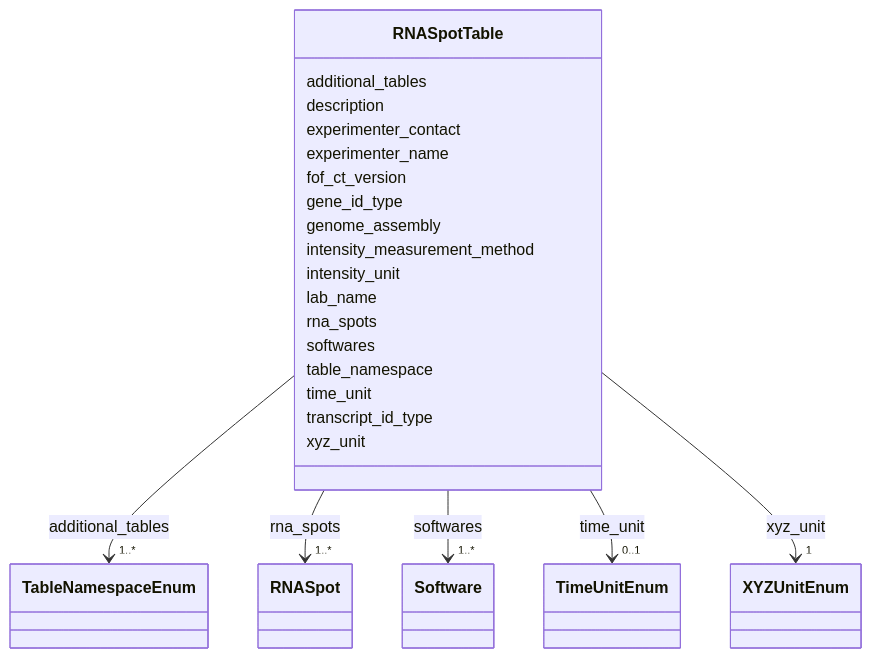
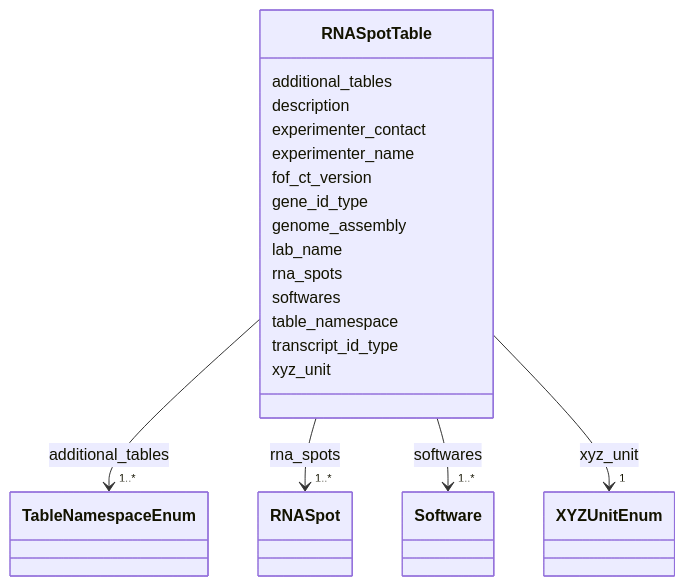
One commit to strambc/fof-ct-linkml changed the diagram in docs/bas/RNASpotTable.md. Above: the diagram before and after it, drawn with Mermaid. The commit also changed other lines of this file and 187 other files, not shown here.

First line of the commit message:
Align LinkML schema with FOF-CT RTD (review_updates)

````diff
--- a/docs/bas/RNASpotTable.md
+++ b/docs/bas/RNASpotTable.md
@@ -23,83 +23,68 @@
 ```mermaid
  classDiagram
     class RNASpotTable
     click RNASpotTable href "../RNASpotTable/"
       RNASpotTable : additional_tables
         
           
     
         
         
         RNASpotTable --> "1..*" TableNamespaceEnum : additional_tables
         click TableNamespaceEnum href "../TableNamespaceEnum/"
     
 
         
       RNASpotTable : description
         
       RNASpotTable : experimenter_contact
         
       RNASpotTable : experimenter_name
         
       RNASpotTable : fof_ct_version
         
       RNASpotTable : gene_id_type
         
       RNASpotTable : genome_assembly
         
-      RNASpotTable : intensity_measurement_method
-        
-      RNASpotTable : intensity_unit
-        
       RNASpotTable : lab_name
         
       RNASpotTable : rna_spots
         
           
     
         
         
         RNASpotTable --> "1..*" RNASpot : rna_spots
         click RNASpot href "../RNASpot/"
     
 
         
       RNASpotTable : softwares
         
           
     
         
         
         RNASpotTable --> "1..*" Software : softwares
         click Software href "../Software/"
     
 
         
       RNASpotTable : table_namespace
         
-      RNASpotTable : time_unit
-        
-          
-    
-        
-        
-        RNASpotTable --> "0..1" TimeUnitEnum : time_unit
-        click TimeUnitEnum href "../TimeUnitEnum/"
-    
-
-        
       RNASpotTable : transcript_id_type
         
       RNASpotTable : xyz_unit
         
           
     
         
         
         RNASpotTable --> "1" XYZUnitEnum : xyz_unit
         click XYZUnitEnum href "../XYZUnitEnum/"
     
 
         
       
 ```
````
